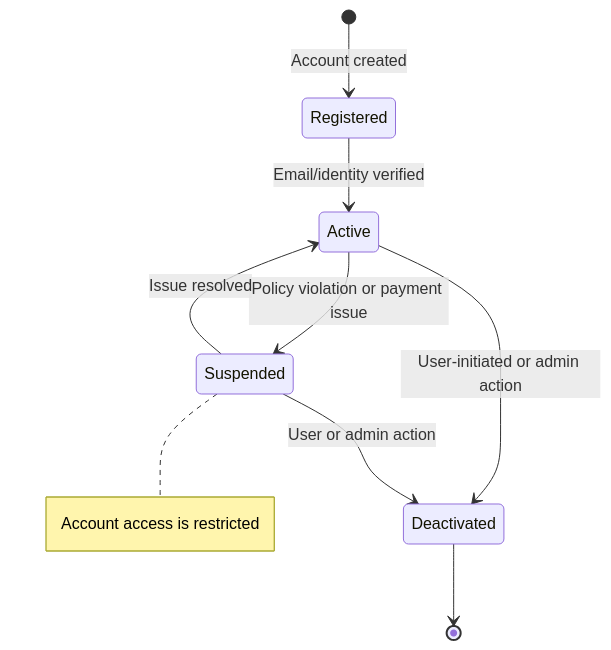
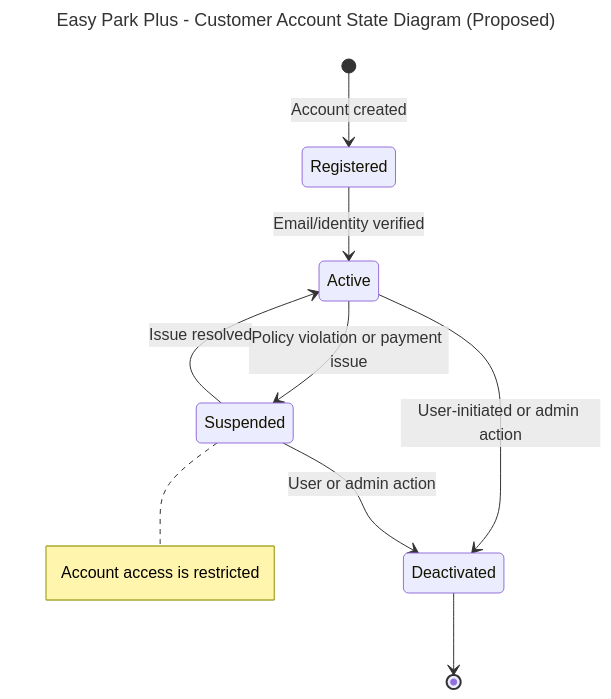
The diagram in ddd-microservices-architecture/diagrams/state/customer_account_state_diagram.mermaid (sethmcknight/quantic-msse-easy-park-plus), drawn with Mermaid before and after one commit. The commit also changed 1 other file, not shown here.

Commit message:
Add proposed state and use case diagrams for Easy Park Plus
- Created visit state diagram to outline operational and billing statuses.
- Added PNG versions of various state diagrams including billing, customer account, electric vehicle charging, equipment lifecycle, gate operational status, grace period policy, incident enforcement, lot, policy lifecycle, reservation, slot hold, slot operational status, system operational modes, and vehicle registration.
- Developed use case diagrams for analytics reporting, billing and payments, customer management, electric vehicle charging, external integrations, incident management, infrastructure management, internal audit and event trace, parking operations, policy management, pricing, reservations, staff and user access, system configuration, and vehicle management.
- Generated PNG files for all use case diagrams for visual representation.

```diff
--- a/ddd-microservices-architecture/diagrams/state/customer_account_state_diagram.mermaid
+++ b/ddd-microservices-architecture/diagrams/state/customer_account_state_diagram.mermaid
@@ -1,11 +1,15 @@
+---
+title: Easy Park Plus - Customer Account State Diagram (Proposed)
+---
+
 stateDiagram-v2
     [*] --> Registered : Account created
     Registered --> Active : Email/identity verified
     Active --> Suspended : Policy violation or payment issue
     Active --> Deactivated : User-initiated or admin action
     Suspended --> Active : Issue resolved
     Suspended --> Deactivated : User or admin action
     Deactivated --> [*]
     note right of Suspended
         Account access is restricted
     end note
```
